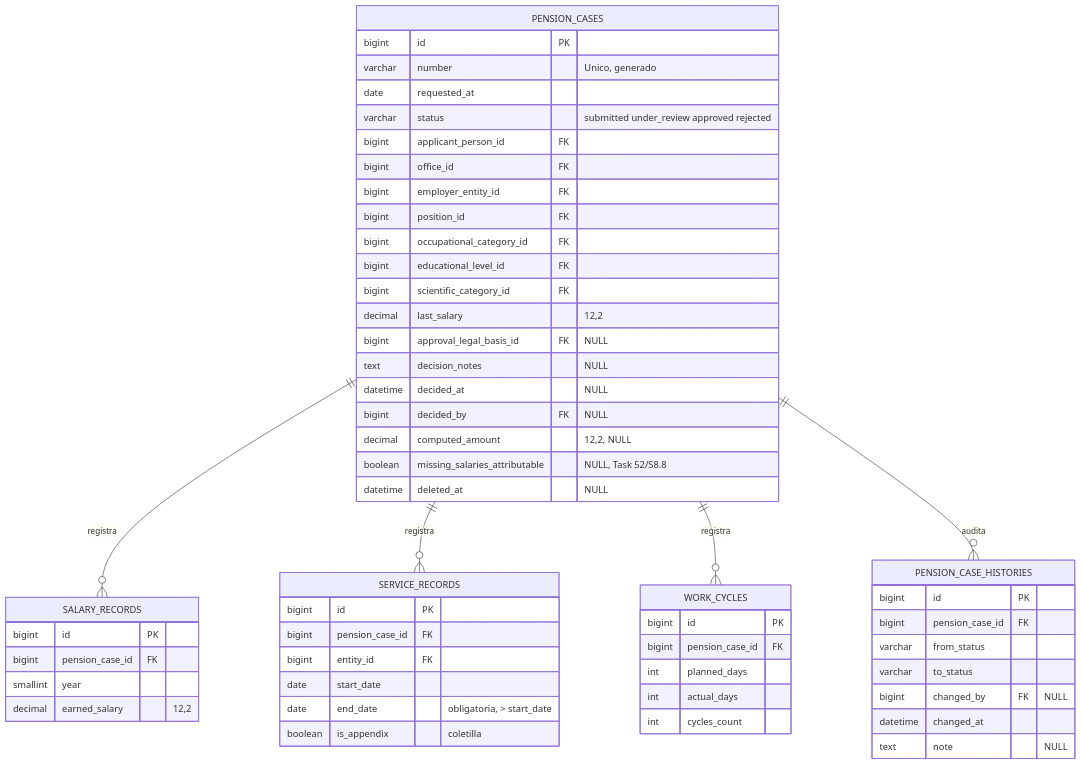
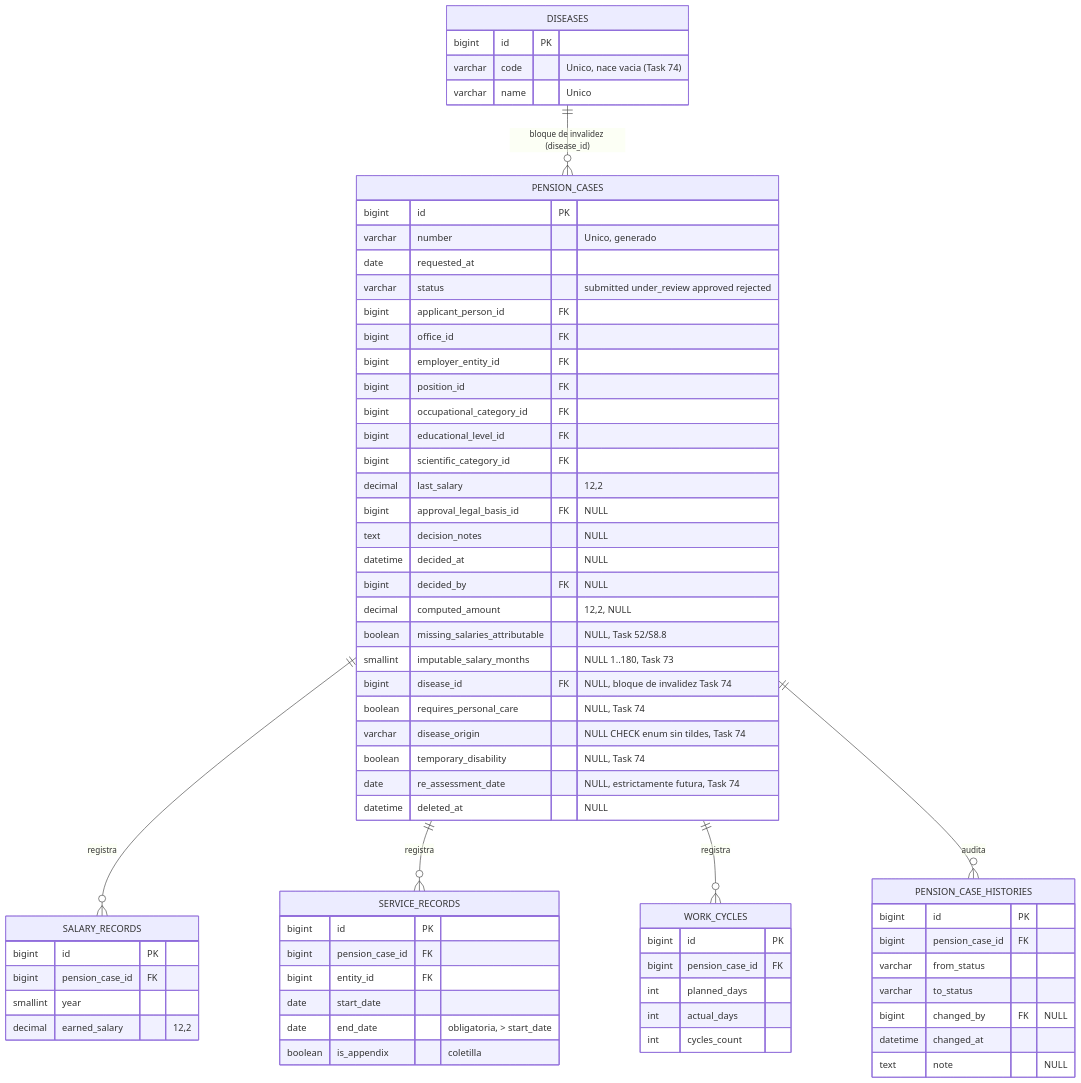
The fifth of 7 diagrams in docs/backend/Modelo de datos.md (keniercb/inass_siss_web), drawn with Mermaid before and after one commit. The commit also changed other lines of this file and 4 other files, not shown here.

````diff
--- a/docs/backend/Modelo de datos.md
+++ b/docs/backend/Modelo de datos.md
@@ -312,58 +316,70 @@
 ```mermaid
 erDiagram
     PENSION_CASES {
         bigint id PK
         varchar number "Unico, generado"
         date requested_at
         varchar status "submitted under_review approved rejected"
         bigint applicant_person_id FK
         bigint office_id FK
         bigint employer_entity_id FK
         bigint position_id FK
         bigint occupational_category_id FK
         bigint educational_level_id FK
         bigint scientific_category_id FK
         decimal last_salary "12,2"
         bigint approval_legal_basis_id FK "NULL"
         text decision_notes "NULL"
         datetime decided_at "NULL"
         bigint decided_by FK "NULL"
         decimal computed_amount "12,2, NULL"
         boolean missing_salaries_attributable "NULL, Task 52/S8.8"
+        smallint imputable_salary_months "NULL 1..180, Task 73"
+        bigint disease_id FK "NULL, bloque de invalidez Task 74"
+        boolean requires_personal_care "NULL, Task 74"
+        varchar disease_origin "NULL CHECK enum sin tildes, Task 74"
+        boolean temporary_disability "NULL, Task 74"
+        date re_assessment_date "NULL, estrictamente futura, Task 74"
         datetime deleted_at "NULL"
     }
     SALARY_RECORDS {
         bigint id PK
         bigint pension_case_id FK
         smallint year
         decimal earned_salary "12,2"
     }
     SERVICE_RECORDS {
         bigint id PK
         bigint pension_case_id FK
         bigint entity_id FK
         date start_date
         date end_date "obligatoria, > start_date"
         boolean is_appendix "coletilla"
     }
     WORK_CYCLES {
         bigint id PK
         bigint pension_case_id FK
         int planned_days
         int actual_days
         int cycles_count
     }
     PENSION_CASE_HISTORIES {
         bigint id PK
         bigint pension_case_id FK
         varchar from_status
         varchar to_status
         bigint changed_by FK "NULL"
         datetime changed_at
         text note "NULL"
     }
     PENSION_CASES ||--o{ SALARY_RECORDS : "registra"
     PENSION_CASES ||--o{ SERVICE_RECORDS : "registra"
     PENSION_CASES ||--o{ WORK_CYCLES : "registra"
     PENSION_CASES ||--o{ PENSION_CASE_HISTORIES : "audita"
+    DISEASES {
+        bigint id PK
+        varchar code "Unico, nace vacia (Task 74)"
+        varchar name "Unico"
+    }
+    DISEASES ||--o{ PENSION_CASES : "bloque de invalidez (disease_id)"
 ```
````
